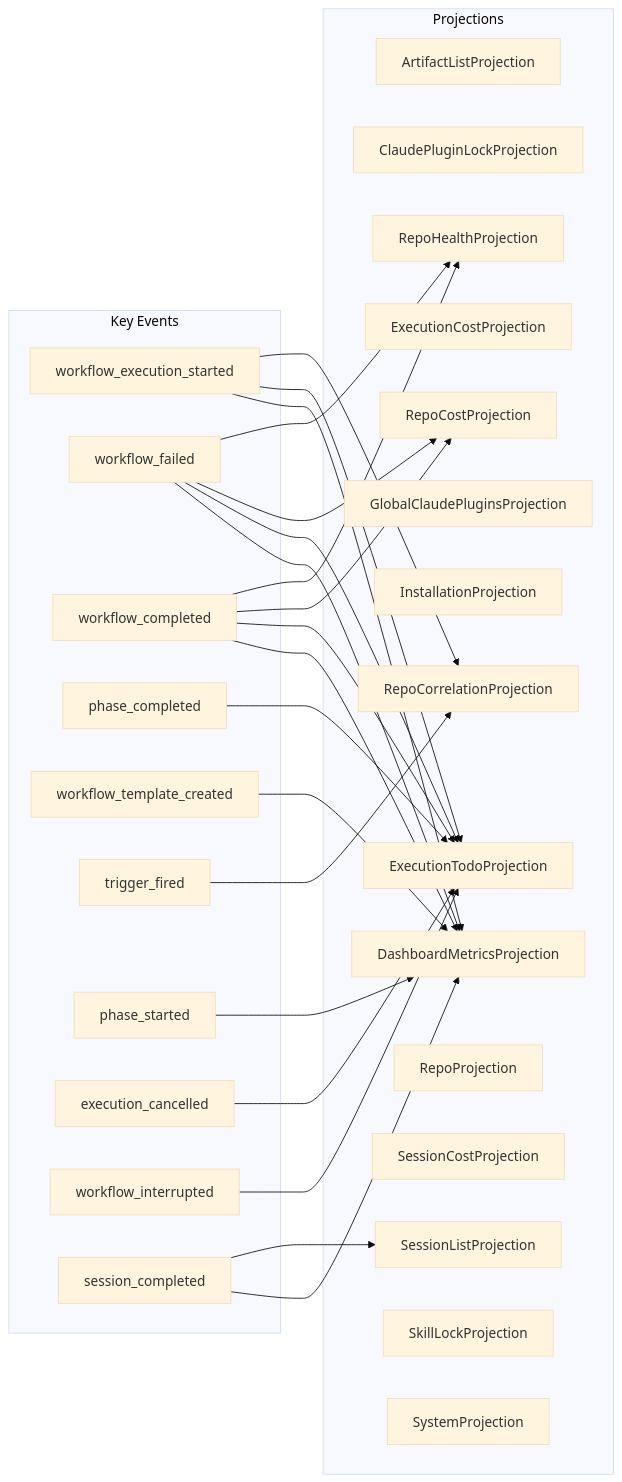
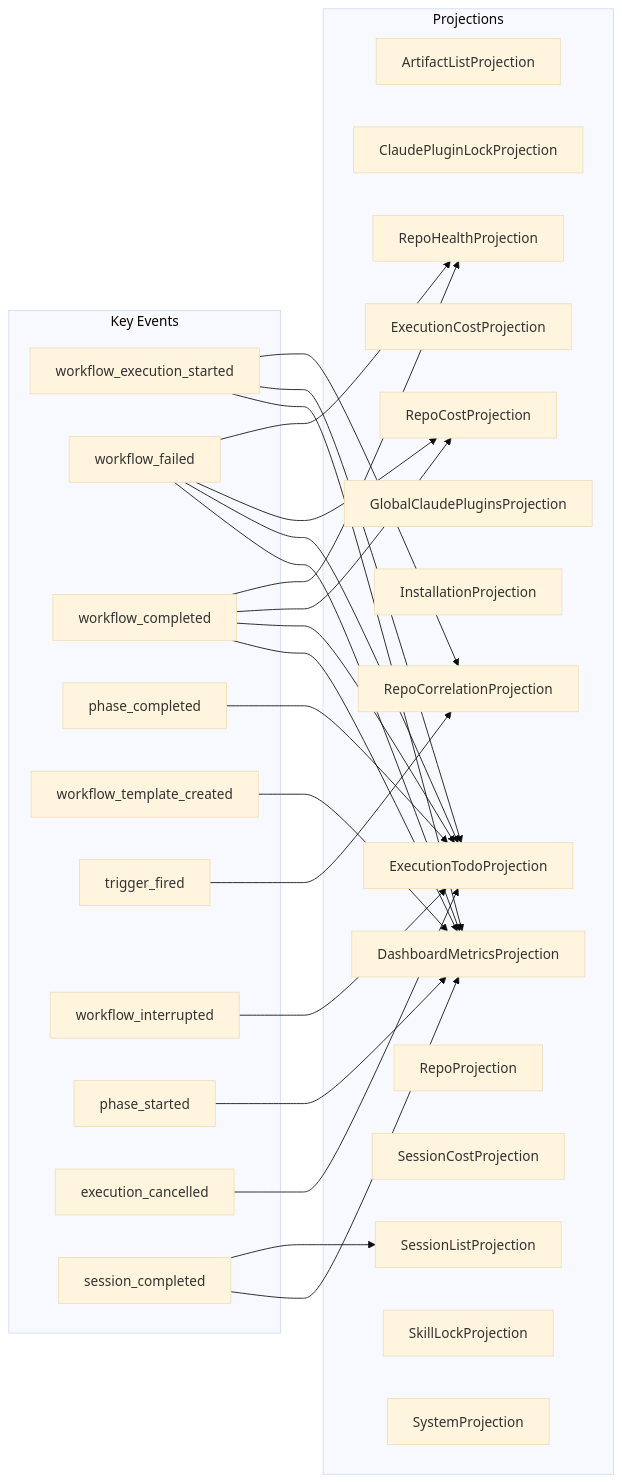
The diagram in docs/architecture/projection-subscriptions.md (syntropic137/syntropic137), drawn with Mermaid (base theme) before and after one commit. The commit also changed other lines of this file and 22 other files, not shown here.

````diff
--- a/docs/architecture/projection-subscriptions.md
+++ b/docs/architecture/projection-subscriptions.md
@@ -15,53 +15,53 @@
 ```mermaid
 graph LR
     subgraph events["Key Events"]
         e1[workflow_execution_started]
         e2[workflow_failed]
         e3[workflow_completed]
         e4[phase_completed]
         e5[workflow_template_created]
         e6[trigger_fired]
-        e7[phase_started]
-        e8[execution_cancelled]
-        e9[workflow_interrupted]
+        e7[workflow_interrupted]
+        e8[phase_started]
+        e9[execution_cancelled]
         e10[session_completed]
     end
 
     subgraph projections["Projections"]
         p1[ArtifactListProjection]
         p2[ClaudePluginLockProjection]
         p3[DashboardMetricsProjection]
         p4[ExecutionCostProjection]
         p5[ExecutionTodoProjection]
         p6[GlobalClaudePluginsProjection]
         p7[InstallationProjection]
         p8[RepoCorrelationProjection]
         p9[RepoCostProjection]
         p10[RepoHealthProjection]
         p11[RepoProjection]
         p12[SessionCostProjection]
         p13[SessionListProjection]
         p14[SkillLockProjection]
         p15[SystemProjection]
     end
 
+    e5 --> p3
+    e10 --> p13
+    e10 --> p3
+    e6 --> p8
     e1 --> p8
     e1 --> p5
     e1 --> p3
-    e10 --> p13
-    e10 --> p3
-    e5 --> p3
     e2 --> p10
     e2 --> p9
     e2 --> p5
     e2 --> p3
-    e6 --> p8
-    e4 --> p5
-    e7 --> p3
+    e7 --> p5
     e3 --> p10
     e3 --> p9
     e3 --> p5
     e3 --> p3
-    e8 --> p5
+    e8 --> p3
     e9 --> p5
+    e4 --> p5
 ```
````
